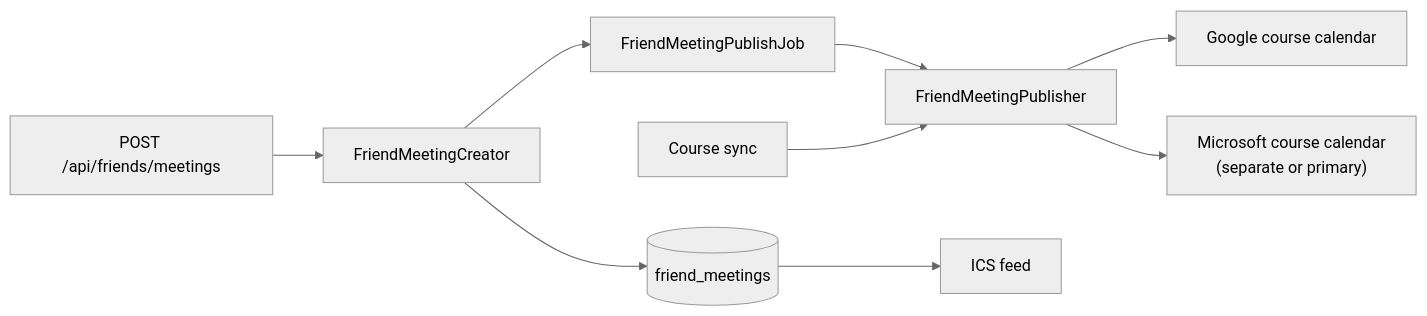
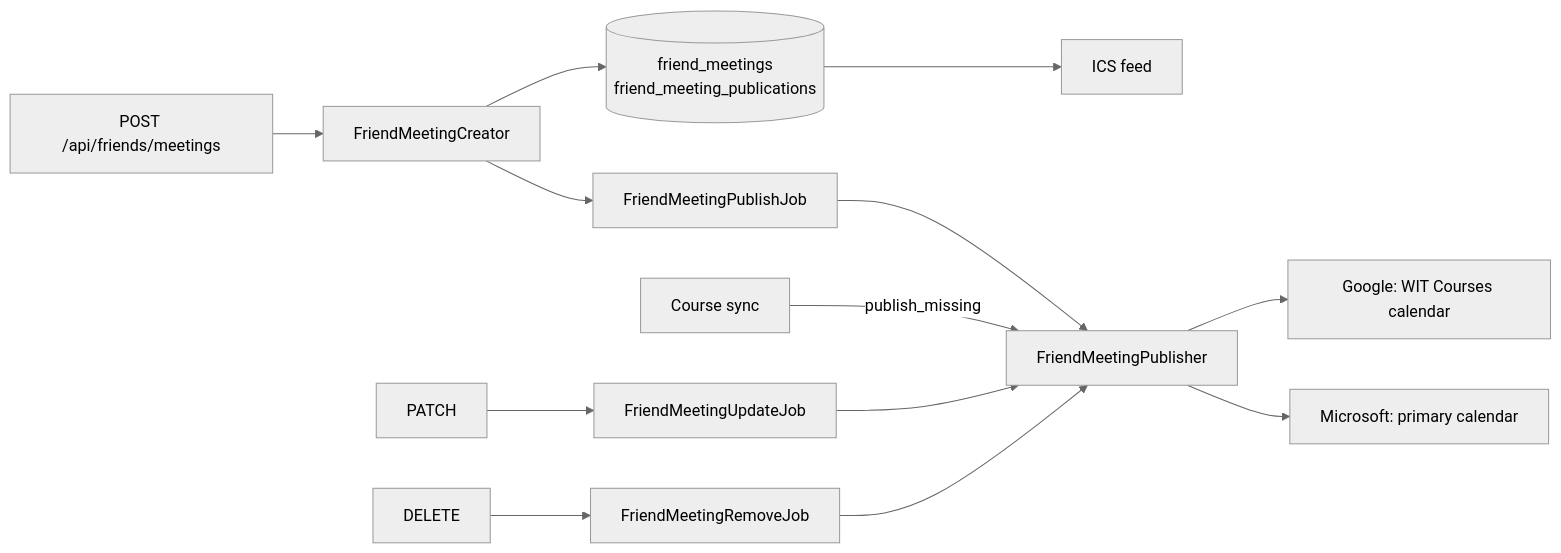
Before and after one commit to WITCodingClub/calendar-backend: the diagram in docs/friend-meetings.md, drawn with Mermaid (neutral theme). The commit also changed other lines of this file and 37 other files, not shown here.

Commit message:
feat: list, edit, and delete friend meetings with per-provider status

````diff
--- a/docs/friend-meetings.md
+++ b/docs/friend-meetings.md
@@ -68,11 +150,13 @@
 ```mermaid
 flowchart LR
   route["POST /api/friends/meetings"] --> creator[FriendMeetingCreator]
-  creator --> row[(friend_meetings)]
+  creator --> row[(friend_meetings<br/>friend_meeting_publications)]
   creator --> job[FriendMeetingPublishJob]
   job --> publisher[FriendMeetingPublisher]
-  publisher --> google["Google course calendar"]
-  publisher --> microsoft["Microsoft course calendar<br/>(separate or primary)"]
+  publisher --> google["Google: WIT Courses calendar"]
+  publisher --> microsoft["Microsoft: primary calendar"]
   row --> ics["ICS feed"]
-  sync["Course sync"] --> publisher
+  sync["Course sync"] -->|publish_missing| publisher
+  patch["PATCH"] --> update[FriendMeetingUpdateJob] --> publisher
+  delete["DELETE"] --> remove[FriendMeetingRemoveJob] --> publisher
 ```
````
